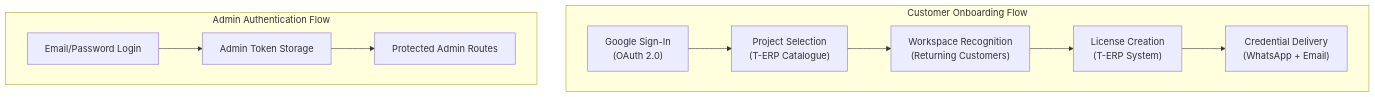
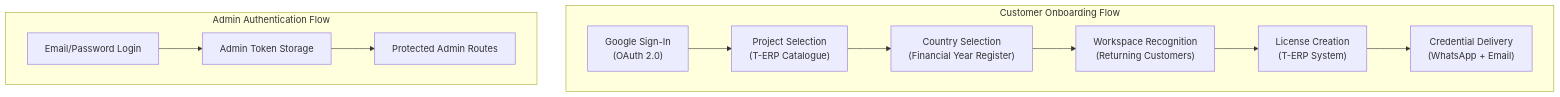
One commit to imcbsglobal/TRELLISCO_ERP_FRONTEND changed the first of 4 diagrams in .qoder/repowiki/en/content/Application Architecture/Authentication & Authorization.md. Above: the diagram before and after it, drawn with Mermaid. The commit also changed other lines of this file and 29 other files, not shown here.

````diff
--- a/.qoder/repowiki/en/content/Application Architecture/Authentication & Authorization.md
+++ b/.qoder/repowiki/en/content/Application Architecture/Authentication & Authorization.md
@@ -52,17 +53,18 @@
 ```mermaid
 graph TB
 subgraph "Customer Onboarding Flow"
 GOOGLE["Google Sign-In<br/>(OAuth 2.0)"]
 PROJECTS["Project Selection<br/>(T-ERP Catalogue)"]
+COUNTRY["Country Selection<br/>(Financial Year Register)"]
 WORKSPACE["Workspace Recognition<br/>(Returning Customers)"]
 LICENSE["License Creation<br/>(T-ERP System)"]
 CREDENTIALS["Credential Delivery<br/>(WhatsApp + Email)"]
 end
 subgraph "Admin Authentication Flow"
 TRADITIONAL["Email/Password Login"]
 ADMIN_TOKEN["Admin Token Storage"]
 PROTECTED["Protected Admin Routes"]
 end
-GOOGLE --> PROJECTS --> WORKSPACE --> LICENSE --> CREDENTIALS
+GOOGLE --> PROJECTS --> COUNTRY --> WORKSPACE --> LICENSE --> CREDENTIALS
 TRADITIONAL --> ADMIN_TOKEN --> PROTECTED
 ```
````
